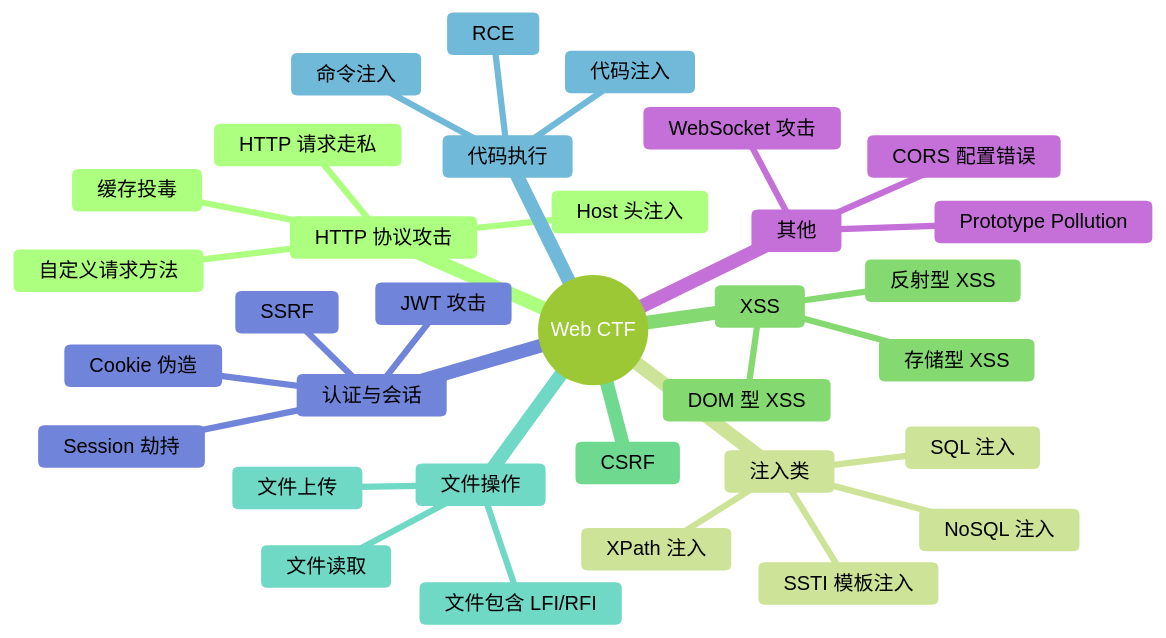
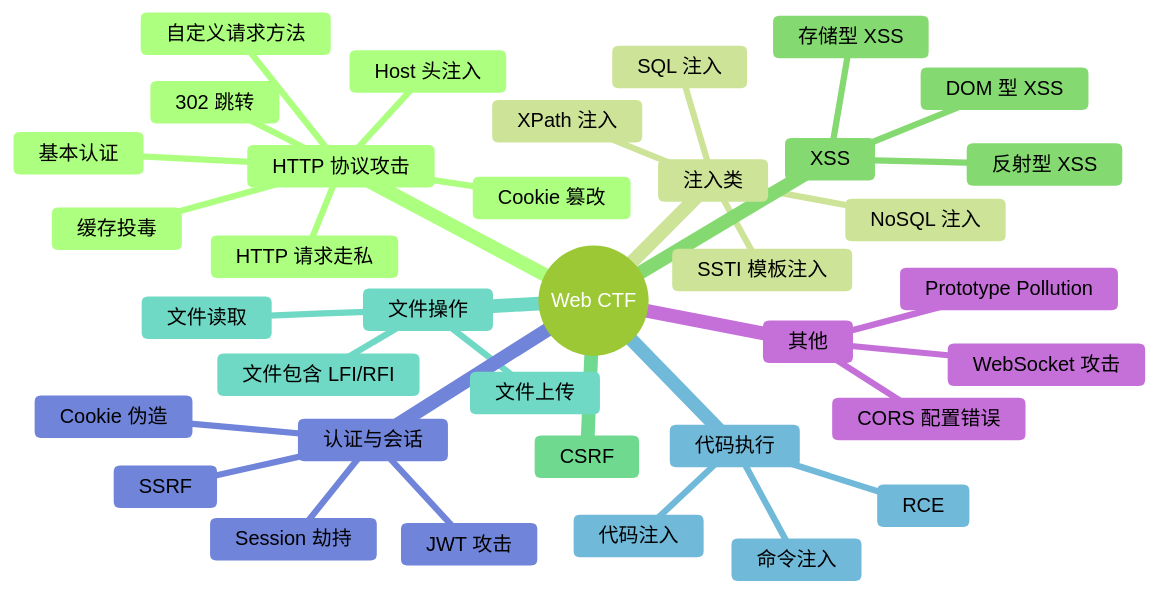
The diagram in red_team/ctf_trea/Web/Web.md (missercatos/RootStack), drawn with Mermaid (forest theme) before and after one commit. The commit also changed 9 other files, not shown here.

````diff
--- a/red_team/ctf_trea/Web/Web.md
+++ b/red_team/ctf_trea/Web/Web.md
@@ -5,36 +5,39 @@
 ```mermaid
 mindmap
   root((Web CTF))
     HTTP 协议攻击
       自定义请求方法
+      302 跳转
+      Cookie 篡改
+      基本认证
       Host 头注入
       HTTP 请求走私
       缓存投毒
     注入类
       SQL 注入
       NoSQL 注入
       XPath 注入
       SSTI 模板注入
     XSS
       反射型 XSS
       存储型 XSS
       DOM 型 XSS
     CSRF
     文件操作
       文件包含 LFI/RFI
       文件上传
       文件读取
     代码执行
       RCE
       命令注入
       代码注入
     认证与会话
       Cookie 伪造
       Session 劫持
       JWT 攻击
       SSRF
     其他
       CORS 配置错误
       WebSocket 攻击
       Prototype Pollution
 ```
````
